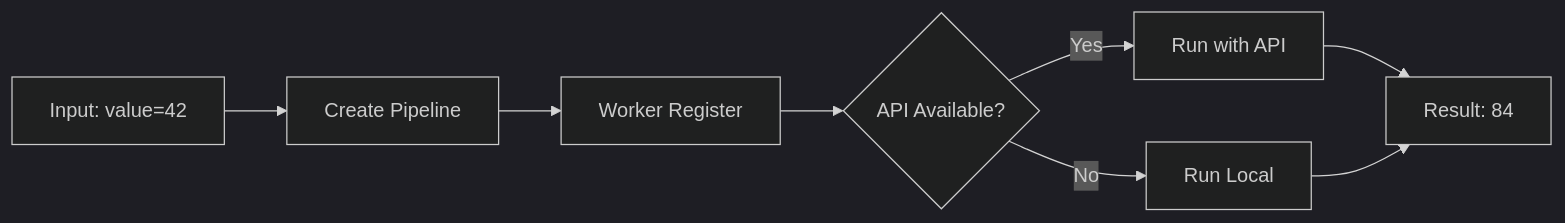
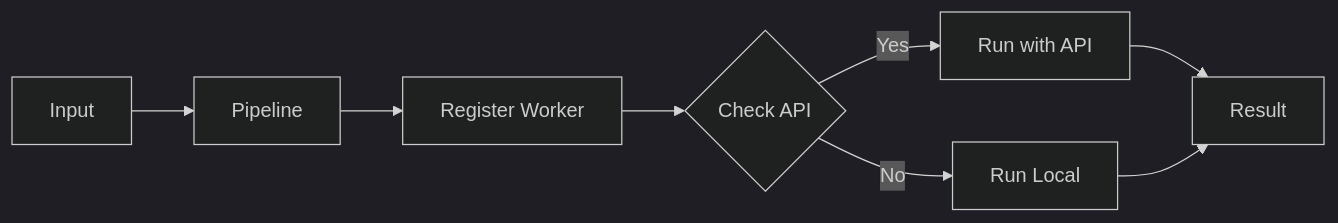
The first of 5 diagrams in examples/api_pipeline/01_basic_api/README.md (wisrovi/wpipe), drawn with Mermaid (dark theme) before and after one commit. The commit also changed other lines of this file and 20 other files, not shown here.

First line of the commit message:
Simplify Mermaid diagrams for better rendering

````diff
--- a/examples/api_pipeline/01_basic_api/README.md
+++ b/examples/api_pipeline/01_basic_api/README.md
@@ -15,10 +15,10 @@
 ```mermaid
 graph LR
-    A[Input: value=42] --> B[Create Pipeline]
-    B --> C[Worker Register]
-    C --> D{API Available?}
+    A[Input] --> B[Pipeline]
+    B --> C[Register Worker]
+    C --> D{Check API}
     D -->|Yes| E[Run with API]
     D -->|No| F[Run Local]
-    E --> G[Result: 84]
+    E --> G[Result]
     F --> G
 ```
````
